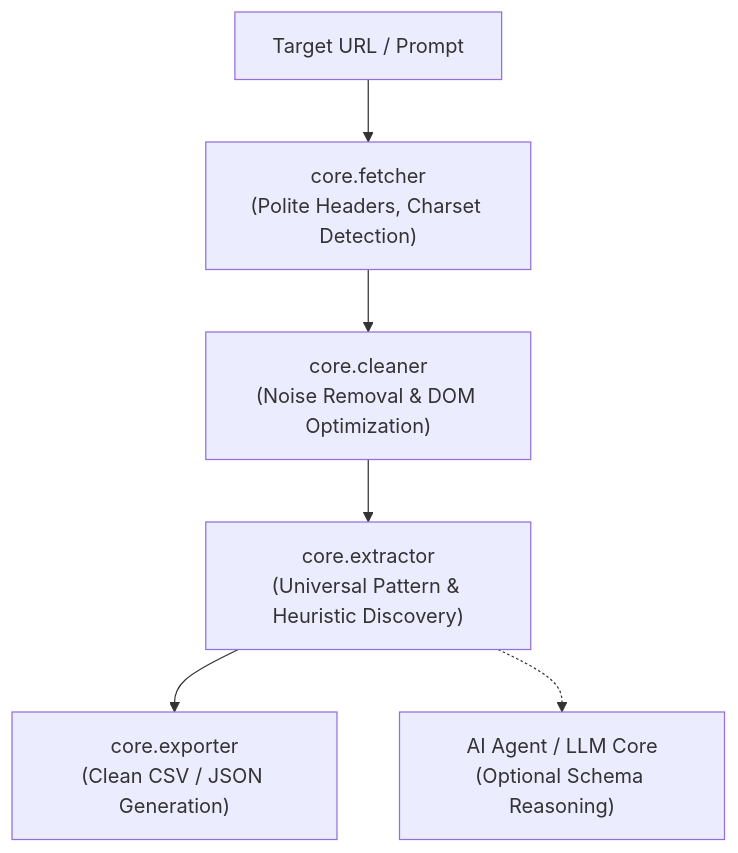
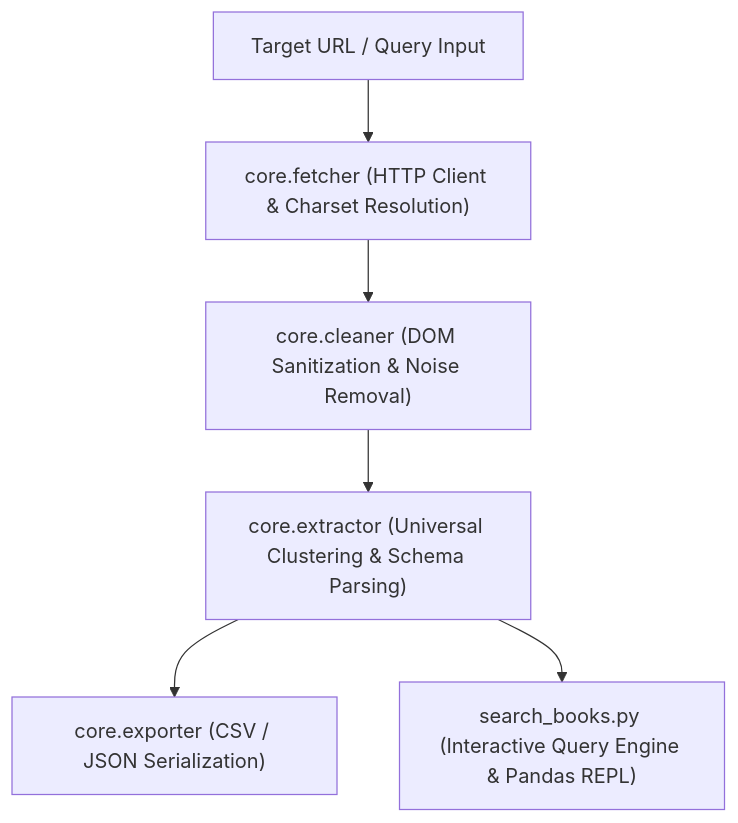
One commit to AslanRunner/scrape-agent changed the diagram in README.md. Above: the diagram before and after it, drawn with Mermaid. The commit also changed other lines of this file, not shown here.

Commit message:
docs: clean up README for professional presentation, remove emojis and refine structure

````diff
--- a/README.md
+++ b/README.md
@@ -32,8 +32,8 @@
 ```mermaid
 flowchart TD
-    A["Target URL / Prompt"] --> B["core.fetcher\n(Polite Headers, Charset Detection)"]
-    B --> C["core.cleaner\n(Noise Removal & DOM Optimization)"]
-    C --> D["core.extractor\n(Universal Pattern & Heuristic Discovery)"]
-    D --> E["core.exporter\n(Clean CSV / JSON Generation)"]
-    D -.-> F["AI Agent / LLM Core\n(Optional Schema Reasoning)"]
+    A["Target URL / Query Input"] --> B["core.fetcher (HTTP Client & Charset Resolution)"]
+    B --> C["core.cleaner (DOM Sanitization & Noise Removal)"]
+    C --> D["core.extractor (Universal Clustering & Schema Parsing)"]
+    D --> E["core.exporter (CSV / JSON Serialization)"]
+    D --> F["search_books.py (Interactive Query Engine & Pandas REPL)"]
 ```
````
